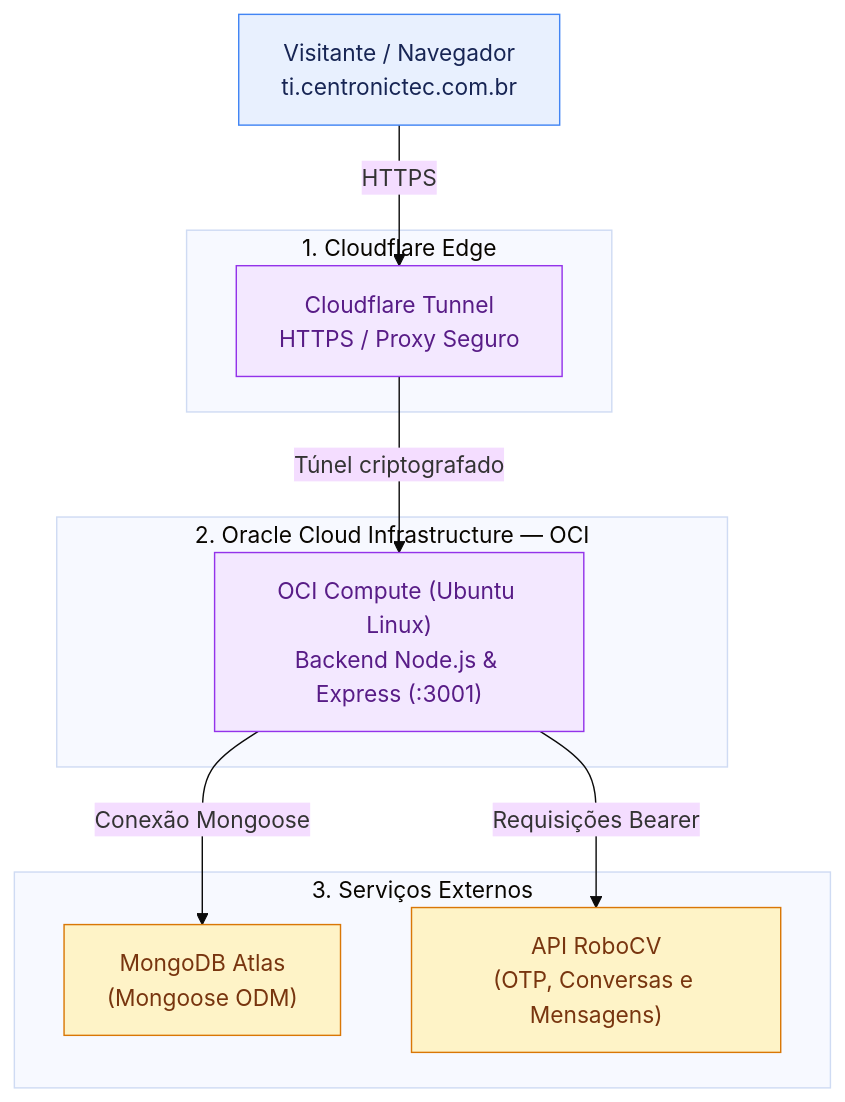
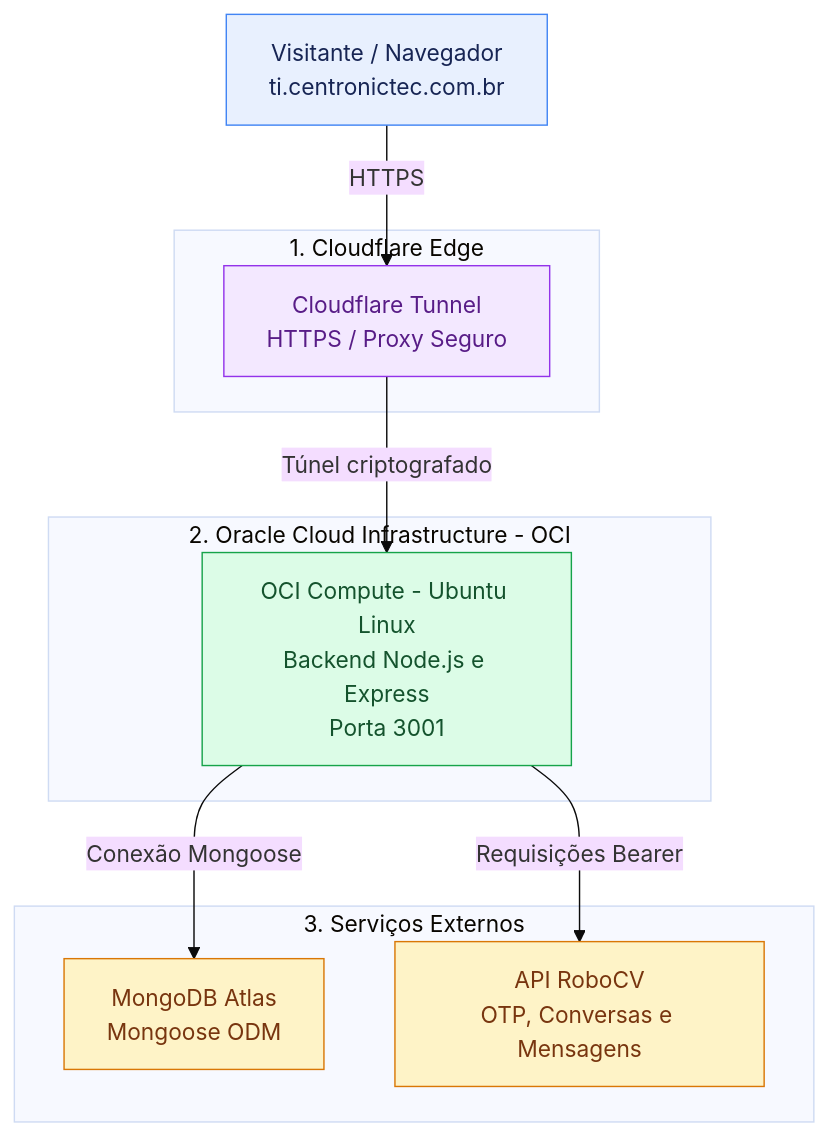
The diagram in README.md (vanderlinuxcode/centronictec), drawn with Mermaid (base theme) before and after one commit. The commit also changed other lines of this file, not shown here.

Commit message:
docs: correção diagrama README.md

````diff
--- a/README.md
+++ b/README.md
@@ -61,31 +62,32 @@
 ```mermaid
 flowchart TB
-    USER["Visitante / Navegador<br/>ti.centronictec.com.br"]
+    USER["Visitante / Navegador<br>ti.centronictec.com.br"]
 
     subgraph CLOUDFLARE["1. Cloudflare Edge"]
-        CF["Cloudflare Tunnel<br/>HTTPS / Proxy Seguro"]
+        CF["Cloudflare Tunnel<br>HTTPS / Proxy Seguro"]
     end
 
-    subgraph OCI["2. Oracle Cloud Infrastructure — OCI"]
-        UB["OCI Compute (Ubuntu Linux)<br/>Backend Node.js & Express (:3001)"]
+    subgraph OCI["2. Oracle Cloud Infrastructure - OCI"]
+        UB["OCI Compute - Ubuntu Linux<br>Backend Node.js e Express<br>Porta 3001"]
     end
 
     subgraph EXTERNAL["3. Serviços Externos"]
-        MDB["MongoDB Atlas<br/>(Mongoose ODM)"]
-        RCV["API RoboCV<br/>(OTP, Conversas e Mensagens)"]
+        MDB["MongoDB Atlas<br>Mongoose ODM"]
+        RCV["API RoboCV<br>OTP, Conversas e Mensagens"]
     end
 
-    USER -->|"HTTPS"| CF
-    CF -->|"Túnel criptografado"| UB
-    UB -->|"Conexão Mongoose"| MDB
-    UB -->|"Requisições Bearer"| RCV
+    USER -->|HTTPS| CF
+    CF -->|Túnel criptografado| UB
+    UB -->|Conexão Mongoose| MDB
+    UB -->|Requisições Bearer| RCV
 
     classDef dns fill:#e8f0fe,stroke:#4285f4,color:#172554
     classDef cloud fill:#f3e8ff,stroke:#9333ea,color:#581c87
     classDef app fill:#dcfce7,stroke:#16a34a,color:#14532d
     classDef data fill:#fef3c7,stroke:#d97706,color:#78350f
 
     class USER dns
-    class CF,UB cloud
+    class CF cloud
+    class UB app
     class MDB,RCV data
 ```
````
